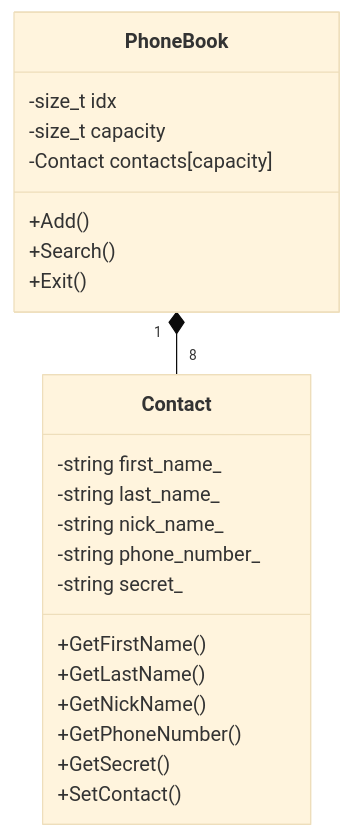
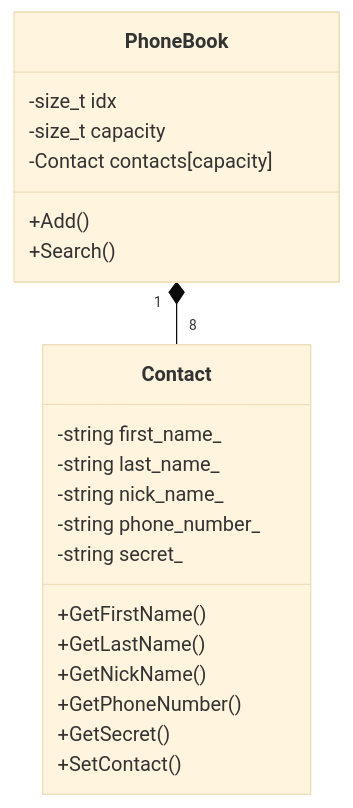
One commit to rikeda-cloud/cpp changed the diagram in cpp00/ex01/asset/class_diagram.md. Above: the diagram before and after it, drawn with Mermaid (base theme). The commit also changed 4 other files, not shown here.

````diff
--- a/cpp00/ex01/asset/class_diagram.md
+++ b/cpp00/ex01/asset/class_diagram.md
@@ -1,30 +1,29 @@
 ```mermaid
 classDiagram
 
 PHONEBOOK "1" *-- "8" CONTACT
 
 class PHONEBOOK["PhoneBook"] {
     -size_t     idx
     -size_t     capacity
     -Contact    contacts[capacity]
 
     +Add()
     +Search()
-    +Exit()
 }
 
 class CONTACT["Contact"] {
     -string     first_name_
     -string     last_name_
     -string     nick_name_
     -string     phone_number_
     -string     secret_
 
     +GetFirstName()
     +GetLastName()
     +GetNickName()
     +GetPhoneNumber()
     +GetSecret()
     +SetContact()
 }
 ```
````
